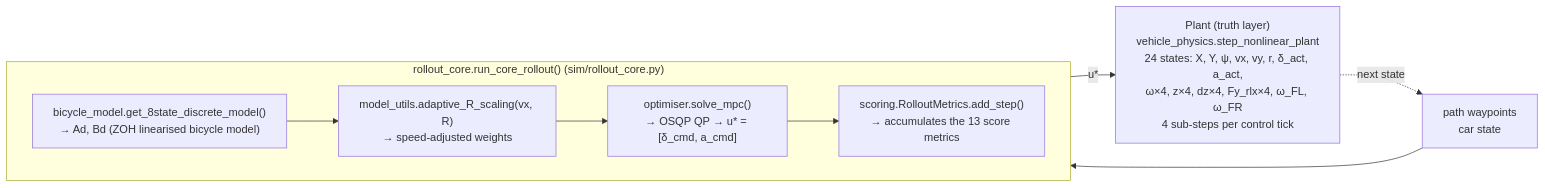
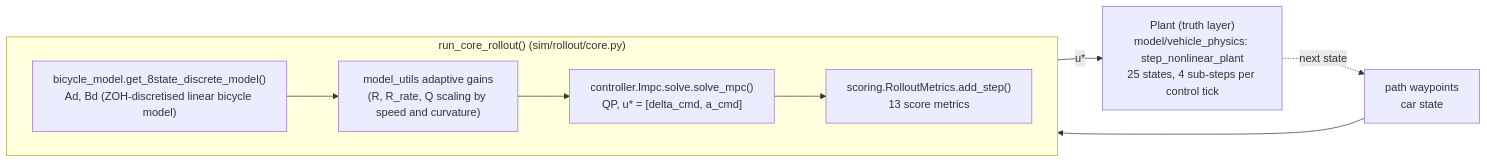
Before and after one commit to Martin-Jin/fsae_MPCTest: the second of 3 diagrams in docs/reference/architecture.md, drawn with Mermaid. The commit also changed other lines of this file and 30 other files, not shown here.

````diff
--- a/docs/reference/architecture.md
+++ b/docs/reference/architecture.md
@@ -61,19 +82,19 @@
 ```mermaid
 flowchart LR
     INPUTS["path waypoints<br/>car state"]
 
-    subgraph ROLLOUT["rollout_core.run_core_rollout() (sim/rollout_core.py)"]
+    subgraph ROLLOUT["run_core_rollout() (sim/rollout/core.py)"]
         direction LR
-        MODEL["bicycle_model.get_8state_discrete_model()<br/>&rarr; Ad, Bd (ZOH linearised bicycle model)"]
-        GAINS["model_utils.adaptive_R_scaling(vx, R)<br/>&rarr; speed-adjusted weights"]
-        SOLVE["optimiser.solve_mpc()<br/>&rarr; OSQP QP &rarr; u* = [&delta;_cmd, a_cmd]"]
-        SCORE["scoring.RolloutMetrics.add_step()<br/>&rarr; accumulates the 13 score metrics"]
+        MODEL["bicycle_model.get_8state_discrete_model()<br/>Ad, Bd (ZOH-discretised linear bicycle model)"]
+        GAINS["model_utils adaptive gains<br/>(R, R_rate, Q scaling by speed and curvature)"]
+        SOLVE["controller.lmpc.solve.solve_mpc()<br/>QP, u* = [delta_cmd, a_cmd]"]
+        SCORE["scoring.RolloutMetrics.add_step()<br/>13 score metrics"]
         MODEL --> GAINS --> SOLVE --> SCORE
     end
 
-    PLANT["Plant (truth layer)<br/>vehicle_physics.step_nonlinear_plant<br/>24 states: X, Y, &psi;, vx, vy, r, &delta;_act, a_act,<br/>&omega;&times;4, z&times;4, dz&times;4, Fy_rlx&times;4, &omega;_FL, &omega;_FR<br/>4 sub-steps per control tick"]
+    PLANT["Plant (truth layer)<br/>model/vehicle_physics: step_nonlinear_plant<br/>25 states, 4 sub-steps per control tick"]
 
     INPUTS --> MODEL
     SOLVE -->|"u*"| PLANT
     PLANT -.->|"next state"| INPUTS
 ```
````
